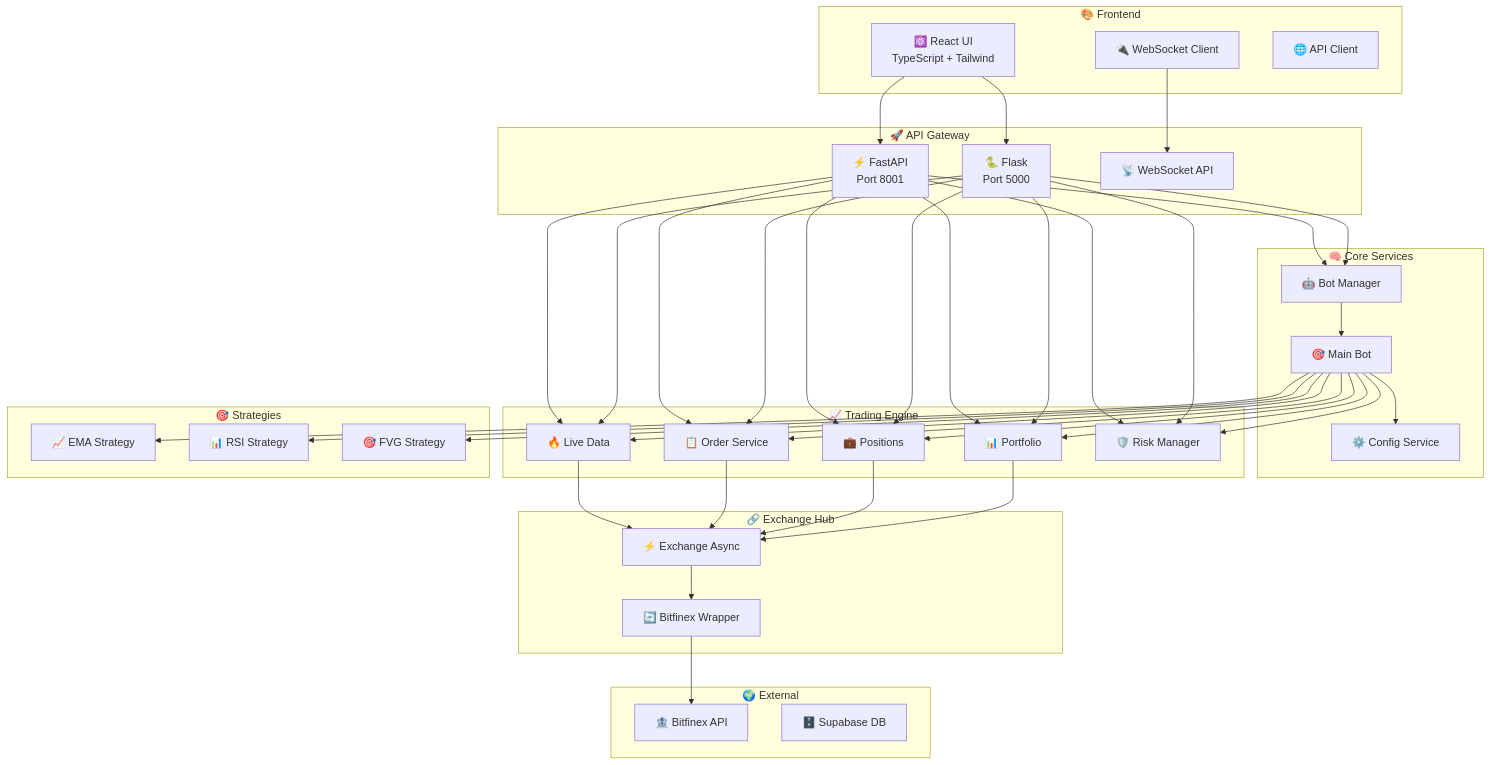
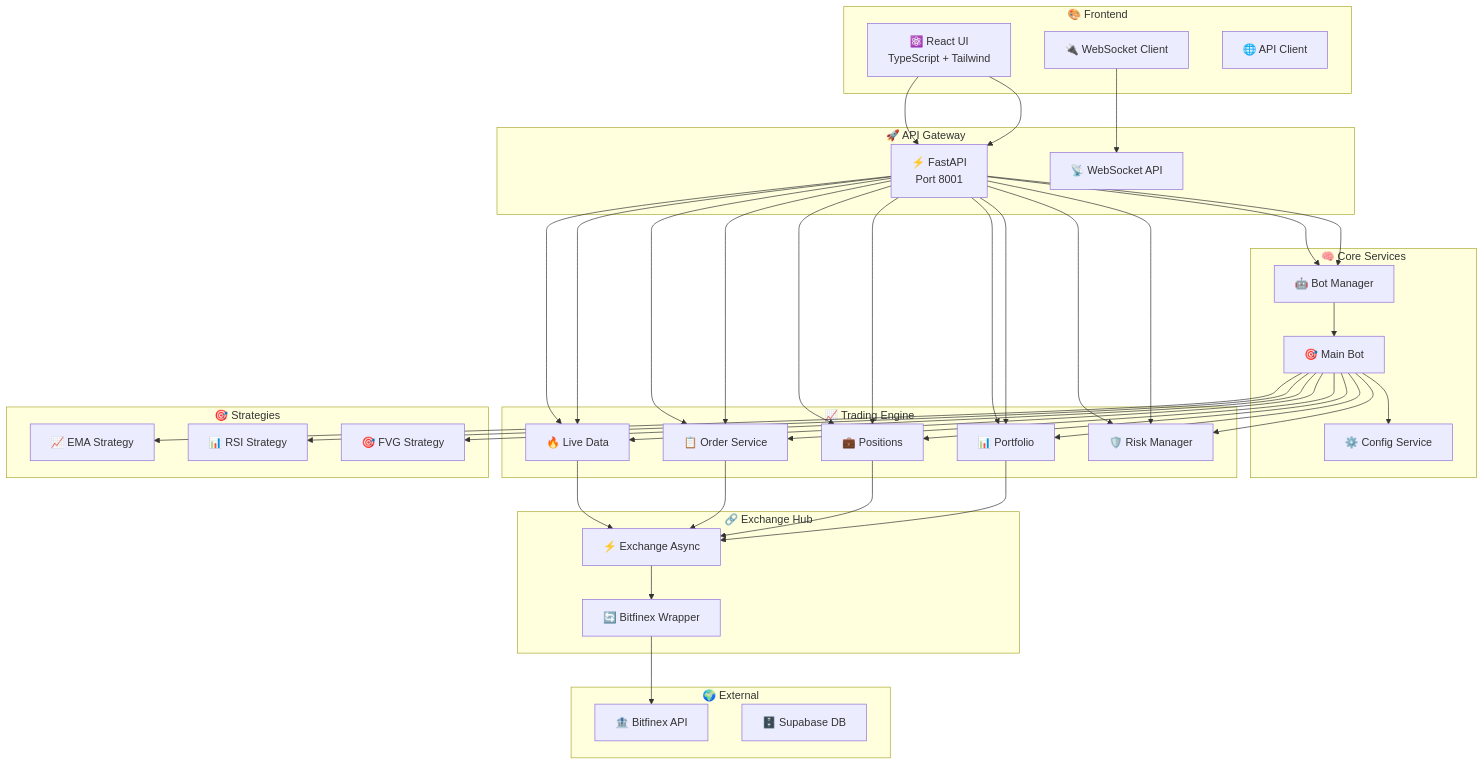
One commit to JohnCCarter/crypto-bot-dashboard-nexus changed the first of 2 diagrams in README.md. Above: the diagram before and after it, drawn with Mermaid. The commit also changed other lines of this file and 22 other files, not shown here.

First line of the commit message:
[MIGRATION] Slutlig FastAPI-migration komplett - Flask helt utfasat

```diff
--- a/README.md
+++ b/README.md
@@ -109,7 +112,7 @@
     %% API Layer
     subgraph "🚀 API Gateway"
         FastAPI["⚡ FastAPI<br/>Port 8001"]
-        Flask["🐍 Flask<br/>Port 5000"]
+        FastAPI["⚡ FastAPI<br/>Port 8001"]
         WS_API["📡 WebSocket API"]
     end
 
@@ -150,7 +153,7 @@
 
     %% Connections
     UI --> FastAPI
-    UI --> Flask
+    UI --> FastAPI
     WS --> WS_API
 
     FastAPI --> BotManager
@@ -160,12 +163,12 @@
     FastAPI --> Portfolio
     FastAPI --> Risk
 
-    Flask --> BotManager
-    Flask --> LiveData
-    Flask --> OrderService
-    Flask --> Positions
-    Flask --> Portfolio
-    Flask --> Risk
+    FastAPI --> BotManager
+    FastAPI --> LiveData
+    FastAPI --> OrderService
+    FastAPI --> Positions
+    FastAPI --> Portfolio
+    FastAPI --> Risk
 
     BotManager --> MainBot
     MainBot --> LiveData
```
